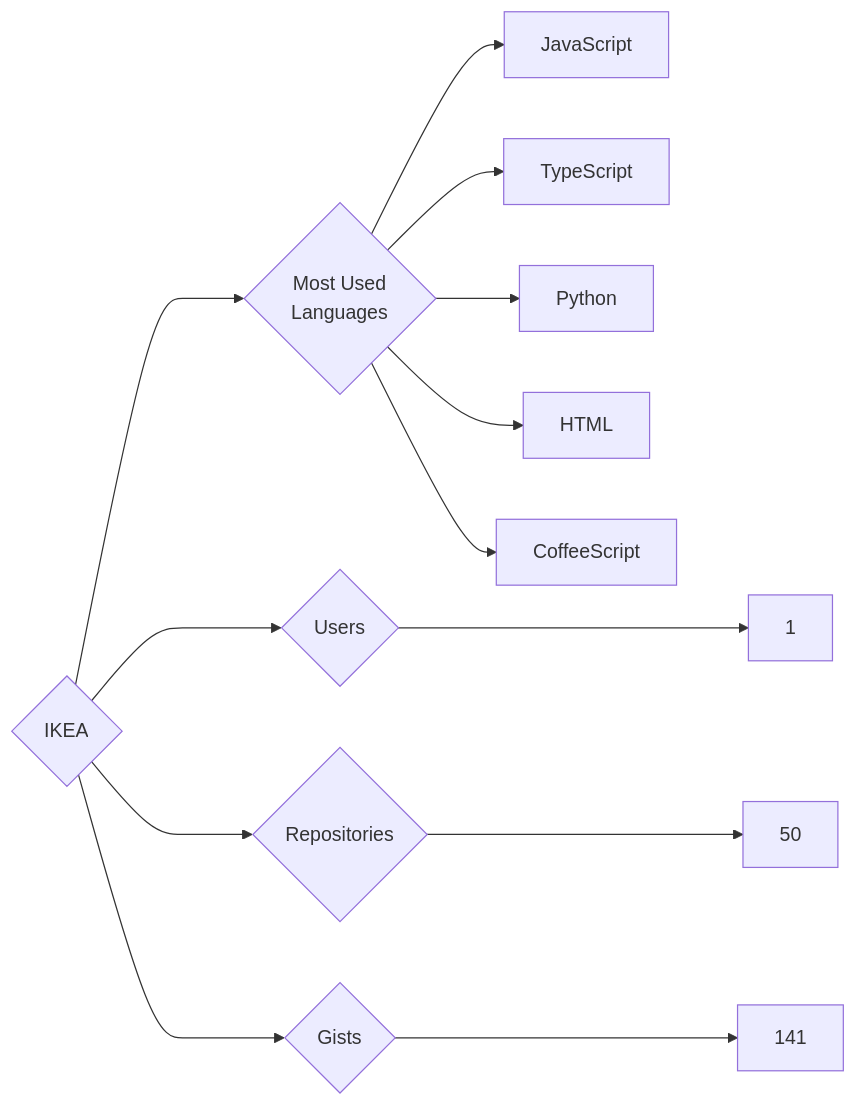
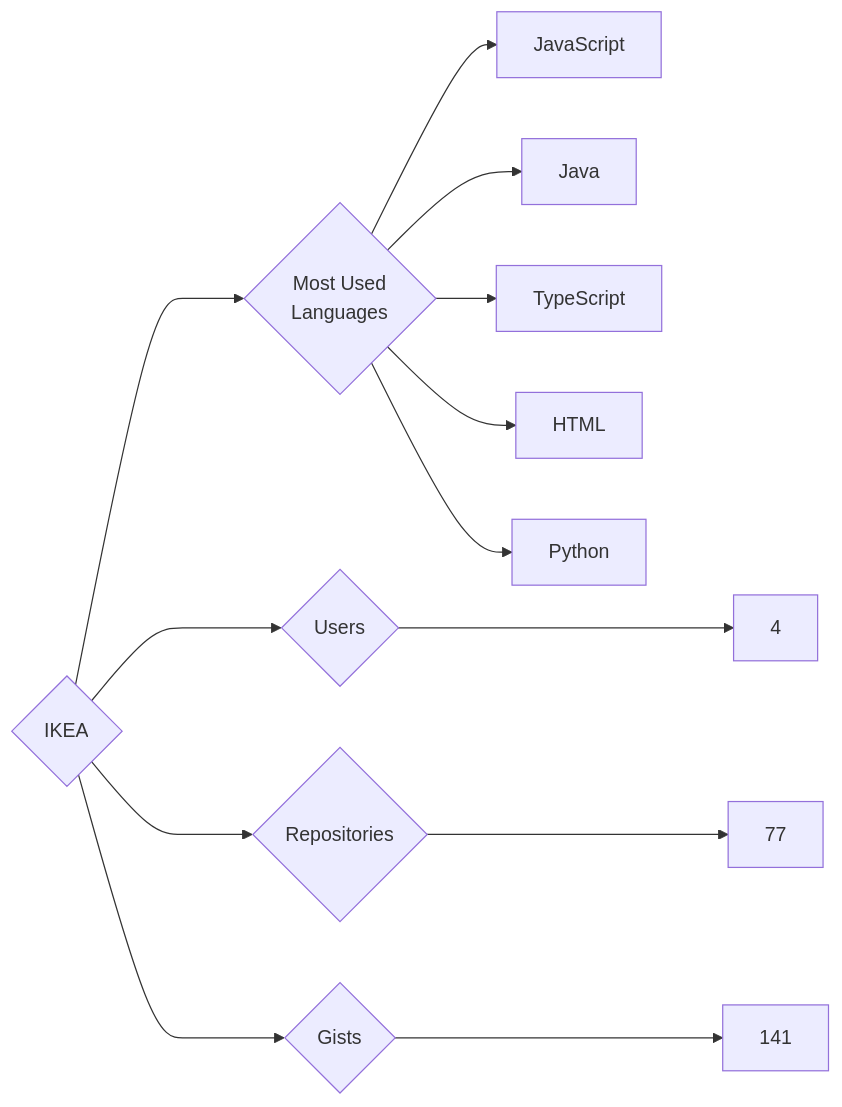
One commit to trickest/insiders changed the diagram in targets/IKEA/README.md. Above: the diagram before and after it, drawn with Mermaid. The commit also changed 1314 other files, not shown here.

````diff
--- a/targets/IKEA/README.md
+++ b/targets/IKEA/README.md
@@ -3,13 +3,13 @@
 ```mermaid
 graph LR
 COMPANY_NAME{IKEA}
-COMPANY_NAME ---> U{Users} ---> UN[1]
-COMPANY_NAME ---> R{Repositories} ---> RN[50]
+COMPANY_NAME ---> U{Users} ---> UN[4]
+COMPANY_NAME ---> R{Repositories} ---> RN[77]
 COMPANY_NAME ---> G{Gists} ---> GN[141]
 COMPANY_NAME ---> ML{Most Used<br>Languages}
 ML --> JavaScript[JavaScript]
+ML --> Java[Java]
 ML --> TypeScript[TypeScript]
+ML --> HTML[HTML]
 ML --> Python[Python]
-ML --> HTML[HTML]
-ML --> CoffeeScript[CoffeeScript]
 ```
````
